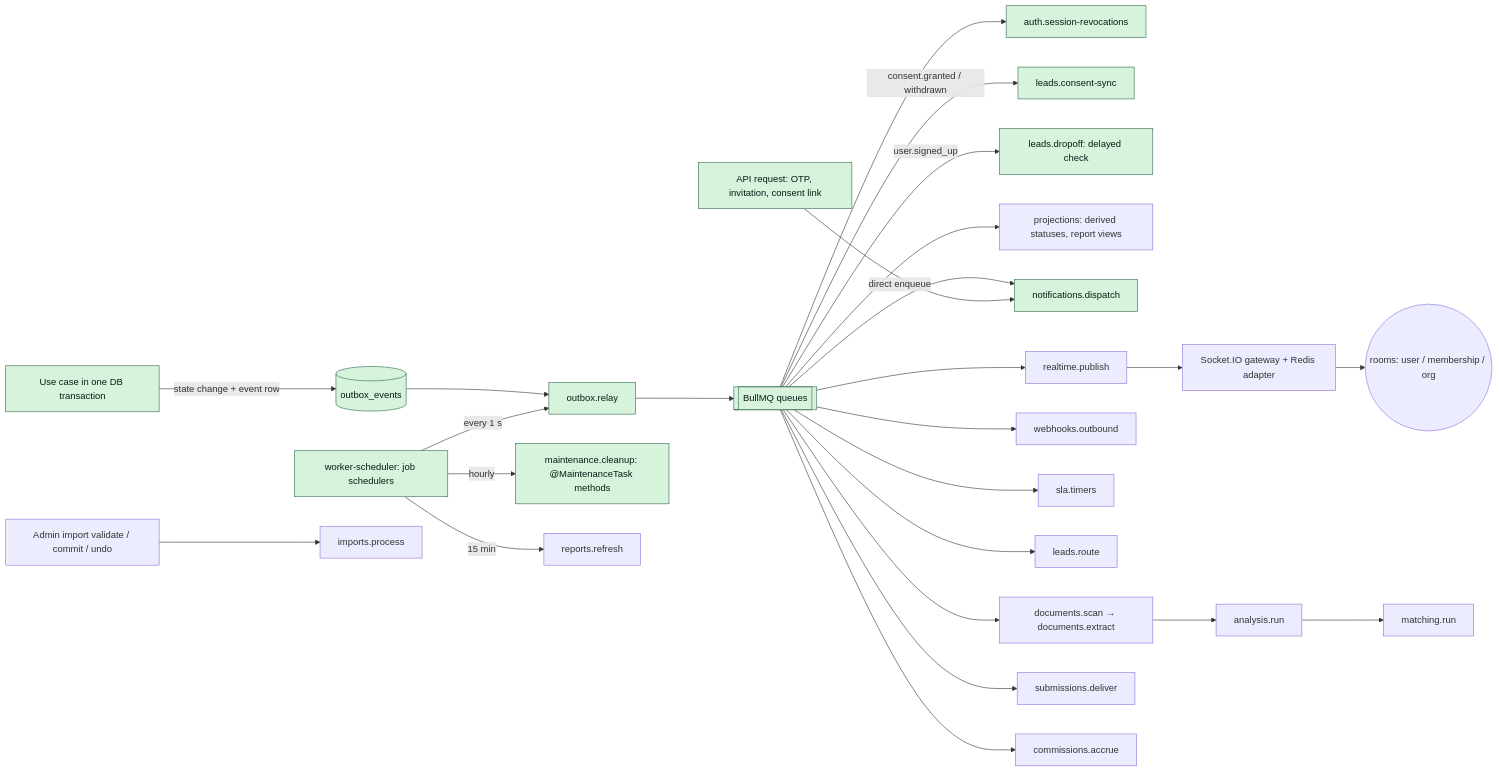
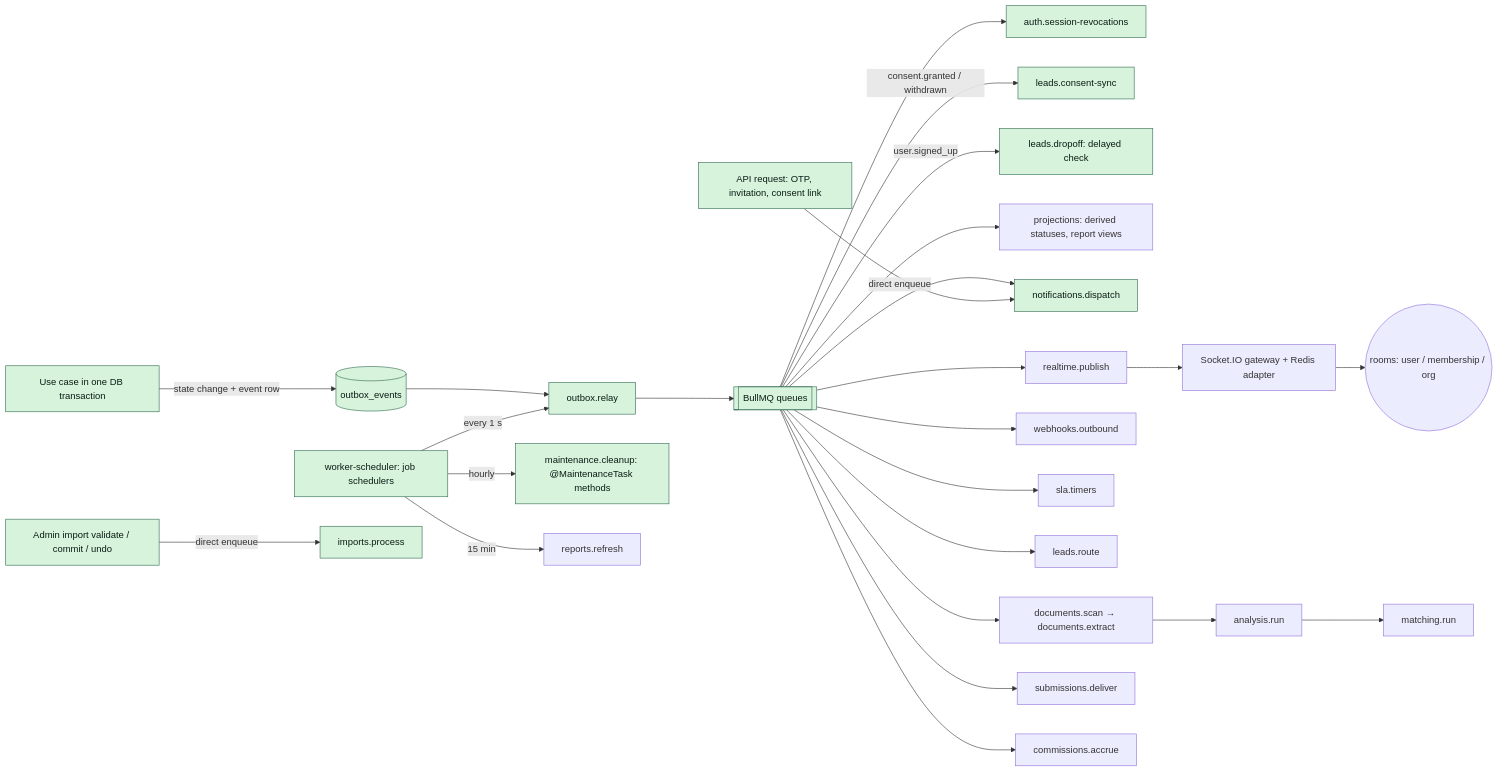
One commit to Shaikhfaruk/fundenflo changed diagram 14 of 14 in docs/ARCHITECTURE.md. Above: the diagram before and after it, drawn with Mermaid. The commit also changed other lines of this file and 62 other files, not shown here.

````diff
--- a/docs/ARCHITECTURE.md
+++ b/docs/ARCHITECTURE.md
@@ -448,29 +448,29 @@
 ```mermaid
 flowchart LR
   UC[Use case in one DB transaction] -->|state change + event row| OB[(outbox_events)]
   OB --> RELAY[outbox.relay]
   SCHED[worker-scheduler: job schedulers] -->|every 1 s| RELAY
   SCHED -->|hourly| MAINT[maintenance.cleanup: @MaintenanceTask methods]
   RELAY --> Q[[BullMQ queues]]
   Q --> REVOKE[auth.session-revocations]
   Q -->|consent.granted / withdrawn| CSYNC[leads.consent-sync]
   Q -->|user.signed_up| DROPQ[leads.dropoff: delayed check]
   Q --> PROJ[projections: derived statuses, report views]
   Q --> NOTIF[notifications.dispatch]
   Q --> RTP[realtime.publish]
   Q --> WHO[webhooks.outbound]
   Q --> SLAQ[sla.timers]
   Q --> ROUTEQ[leads.route]
   Q --> DOCQ[documents.scan → documents.extract]
   DOCQ --> ANQ[analysis.run]
   ANQ --> MQ2[matching.run]
   Q --> SUBQ[submissions.deliver]
   Q --> COMQ[commissions.accrue]
   RTP --> GW[Socket.IO gateway + Redis adapter]
   GW --> ROOMS((rooms: user / membership / org))
-  IMPAPI[Admin import validate / commit / undo] --> IMPQ[imports.process]
+  IMPAPI[Admin import validate / commit / undo] -->|direct enqueue| IMPQ[imports.process]
   SCHED -->|15 min| REP[reports.refresh]
   API[API request: OTP, invitation, consent link] -->|direct enqueue| NOTIF
   classDef built fill:#d8f3dc,stroke:#2d6a4f,color:#081c15
-  class UC,OB,RELAY,SCHED,MAINT,Q,REVOKE,CSYNC,DROPQ,NOTIF,API built
+  class UC,OB,RELAY,SCHED,MAINT,Q,REVOKE,CSYNC,DROPQ,NOTIF,API,IMPAPI,IMPQ built
 ```
````
